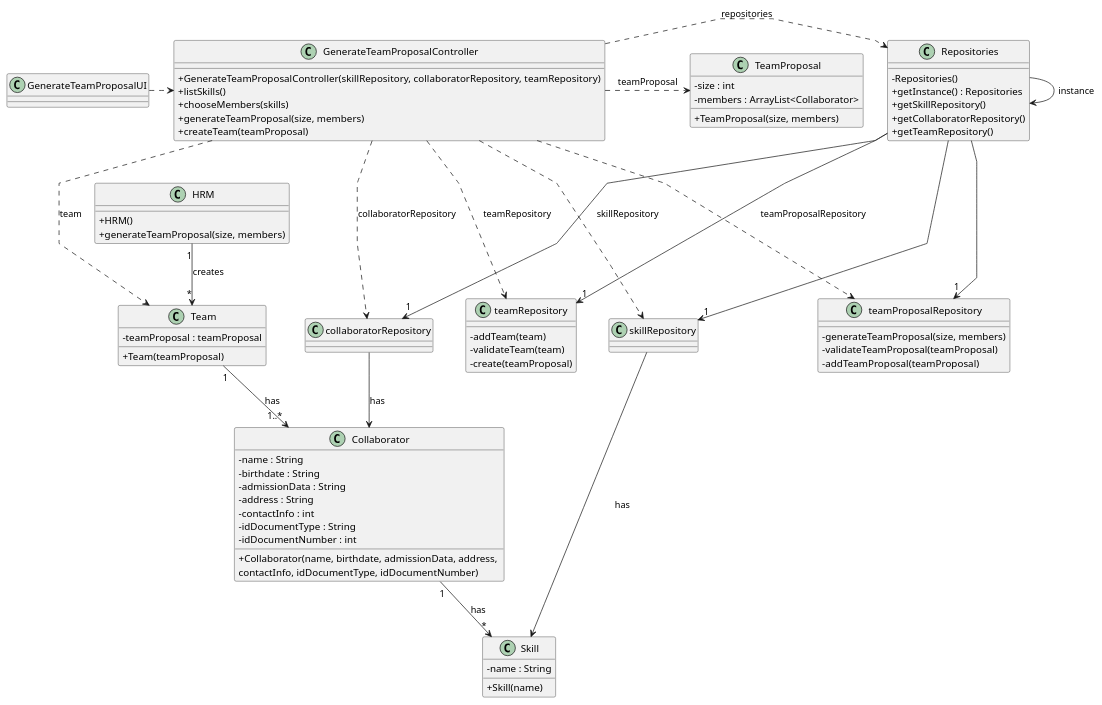
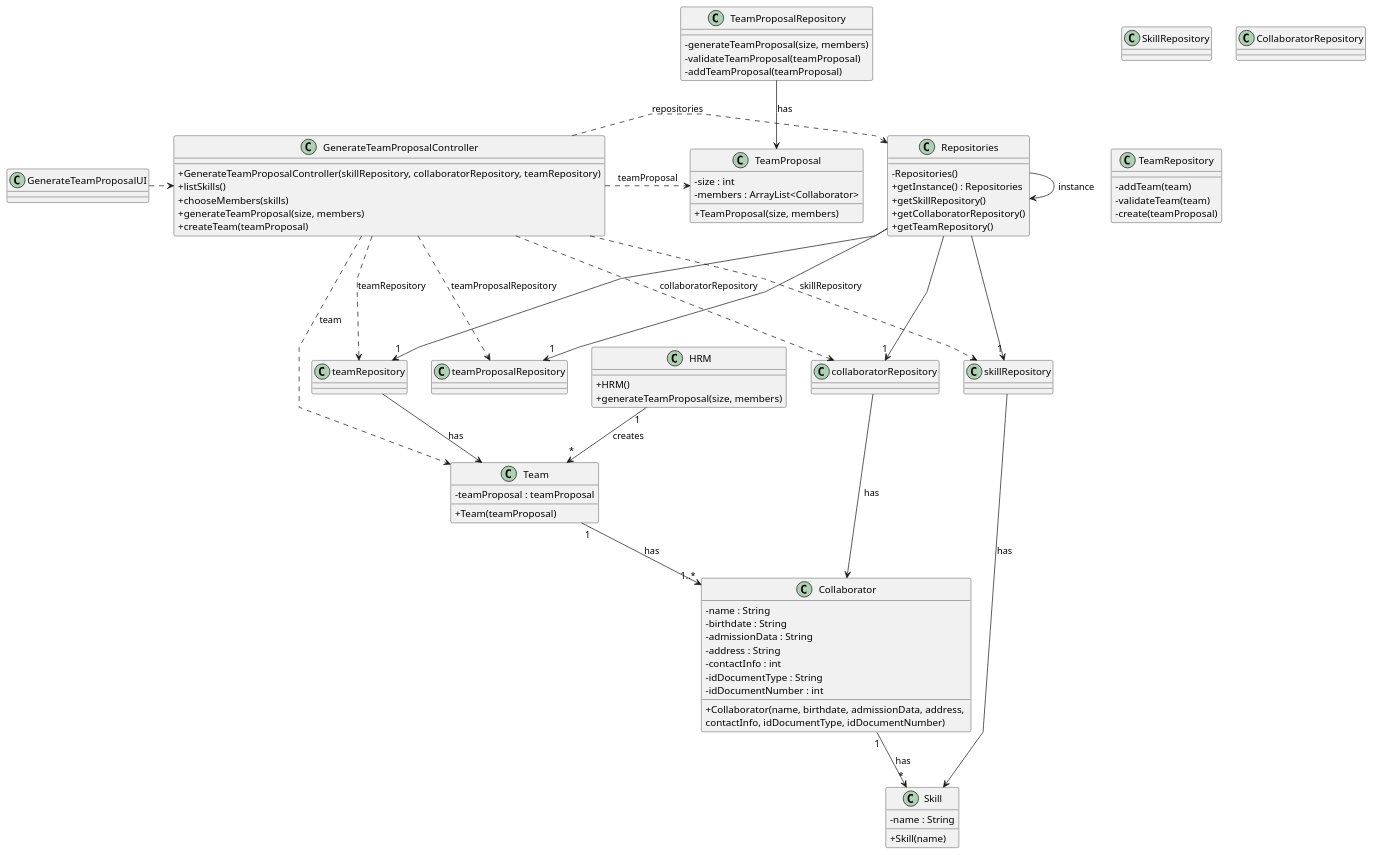
One commit to diogoveirospro/lei-24-s2-1dg-g072 changed the diagram in docs/sprintB/us005/03.design/puml/us005-class-diagram.puml. Above: the diagram before and after it, drawn with PlantUML.

Commit message:
US005's Class Diagram

```diff
--- a/docs/sprintB/us005/03.design/puml/us005-class-diagram.puml
+++ b/docs/sprintB/us005/03.design/puml/us005-class-diagram.puml
@@ -1,109 +1,111 @@
 @startuml
 'skinparam monochrome true
 skinparam packageStyle rectangle
 skinparam shadowing false
 skinparam linetype polyline
 'skinparam linetype orto
 
 skinparam classAttributeIconSize 0
 
 'left to right direction
 
 class HRM {
     + HRM()
     + generateTeamProposal(size, members)
 }
 
 class GenerateTeamProposalController {
     + GenerateTeamProposalController(skillRepository, collaboratorRepository, teamRepository)
     + listSkills()
     + chooseMembers(skills)
     + generateTeamProposal(size, members)
     + createTeam(teamProposal)
 }
 
 
 class GenerateTeamProposalUI {
 }
 
 class Repositories {
     - Repositories()
     + getInstance() : Repositories
     + getSkillRepository()
     + getCollaboratorRepository()
     + getTeamRepository()
 
 }
 
-class skillRepository {
+class SkillRepository {
 
 }
 
-class collaboratorRepository {
+class CollaboratorRepository {
 
 }
 
-class teamProposalRepository {
+class TeamProposalRepository {
     - generateTeamProposal(size, members)
     - validateTeamProposal(teamProposal)
     - addTeamProposal(teamProposal)
 }
 
-class teamRepository {
+class TeamRepository {
     - addTeam(team)
     - validateTeam(team)
     - create(teamProposal)
 }
 
 class TeamProposal {
     - size : int
     - members : ArrayList<Collaborator>
     + TeamProposal(size, members)
 }
 
 class Team {
     - teamProposal : teamProposal
     + Team(teamProposal)
 }
 
 class Collaborator {
     - name : String
     - birthdate : String
     - admissionData : String
     - address : String
     - contactInfo : int
     - idDocumentType : String
     - idDocumentNumber : int
     + Collaborator(name, birthdate, admissionData, address, \ncontactInfo, idDocumentType, idDocumentNumber)
 }
 
 class Skill {
     - name : String
     + Skill(name)
 }
 
 GenerateTeamProposalUI .> GenerateTeamProposalController
 GenerateTeamProposalController .> Repositories : repositories
 Repositories --> Repositories : instance
 
 Repositories ---> "1" skillRepository
 Repositories ---> "1" collaboratorRepository
 Repositories ---> "1" teamProposalRepository
 Repositories ---> "1" teamRepository
 
 GenerateTeamProposalController .> skillRepository : skillRepository
 GenerateTeamProposalController .> collaboratorRepository : collaboratorRepository
 GenerateTeamProposalController .> teamRepository : teamRepository
 GenerateTeamProposalController .> teamProposalRepository : teamProposalRepository
 
 HRM "1" --> "*" Team : creates
 Team "1" --> "1..*" Collaborator : has
 Collaborator "1" --> "*" Skill : has
 
 GenerateTeamProposalController .> TeamProposal : teamProposal
 GenerateTeamProposalController .> Team : team
 skillRepository --> Skill : has
 collaboratorRepository --> Collaborator : has
+teamRepository --> Team : has
+TeamProposalRepository --> TeamProposal : has
 
 
 @enduml
```
